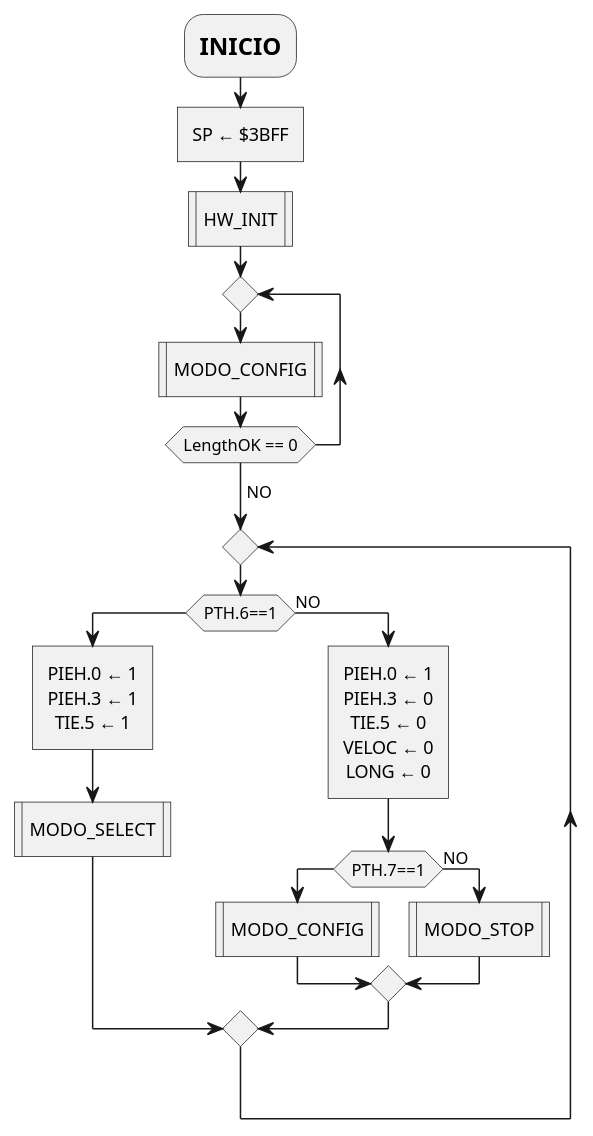
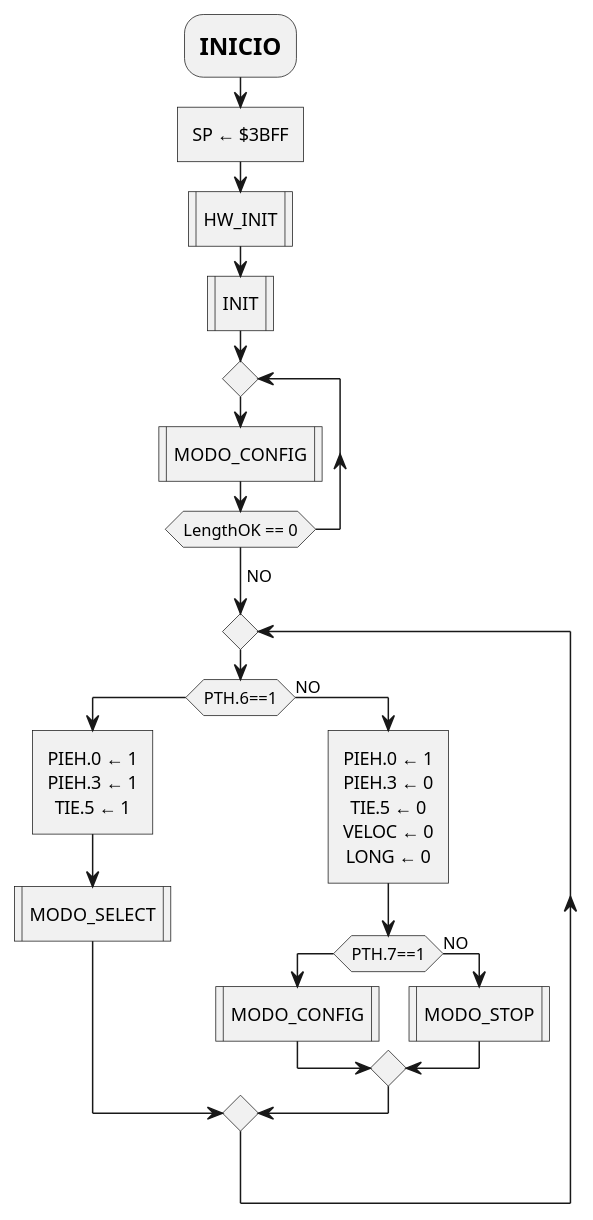
One commit to mlndz28/pr-623 changed the third of 22 diagrams in report.md. Above: the diagram before and after it, drawn with PlantUML. The commit also changed other lines of this file and 1 other file, not shown here.

````diff
--- a/report.md
+++ b/report.md
@@ -133,28 +154,29 @@
 ```plantuml
 @startuml
 skinparam monochrome true
 skinparam defaultTextAlignment center
 
 :=INICIO;
 :SP ← $3BFF]
 :HW_INIT|
+:INIT|
 repeat
   :MODO_CONFIG|    
 repeat while (LengthOK == 0)
 ->NO;
 repeat
   if(PTH.6==1)
     :PIEH.0 ← 1\nPIEH.3 ← 1\nTIE.5 ← 1]
     :MODO_SELECT|    
   else (NO)
     :PIEH.0 ← 1\nPIEH.3 ← 0\nTIE.5 ← 0\nVELOC ← 0\nLONG ← 0]
     if(PTH.7==1)
       :MODO_CONFIG|    
     else (NO)
       :MODO_STOP|    
     endif
 
   endif
 repeat while 
 
 ```
````
